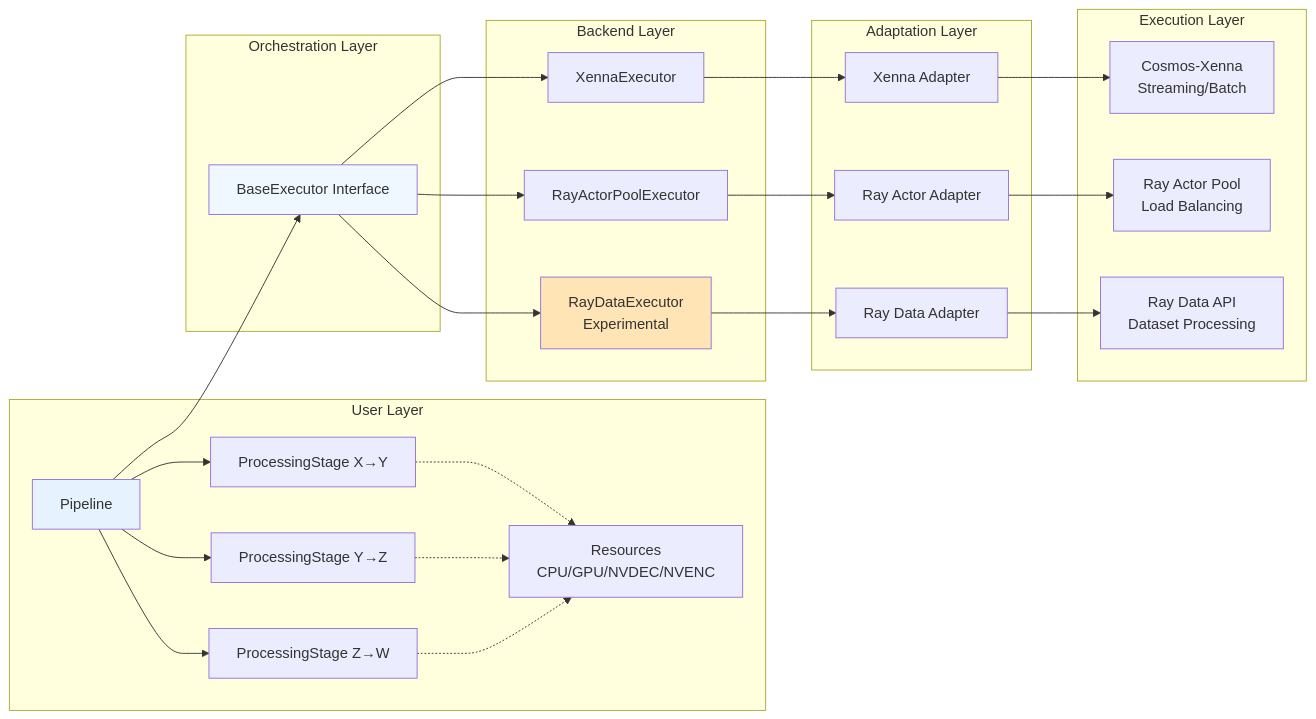
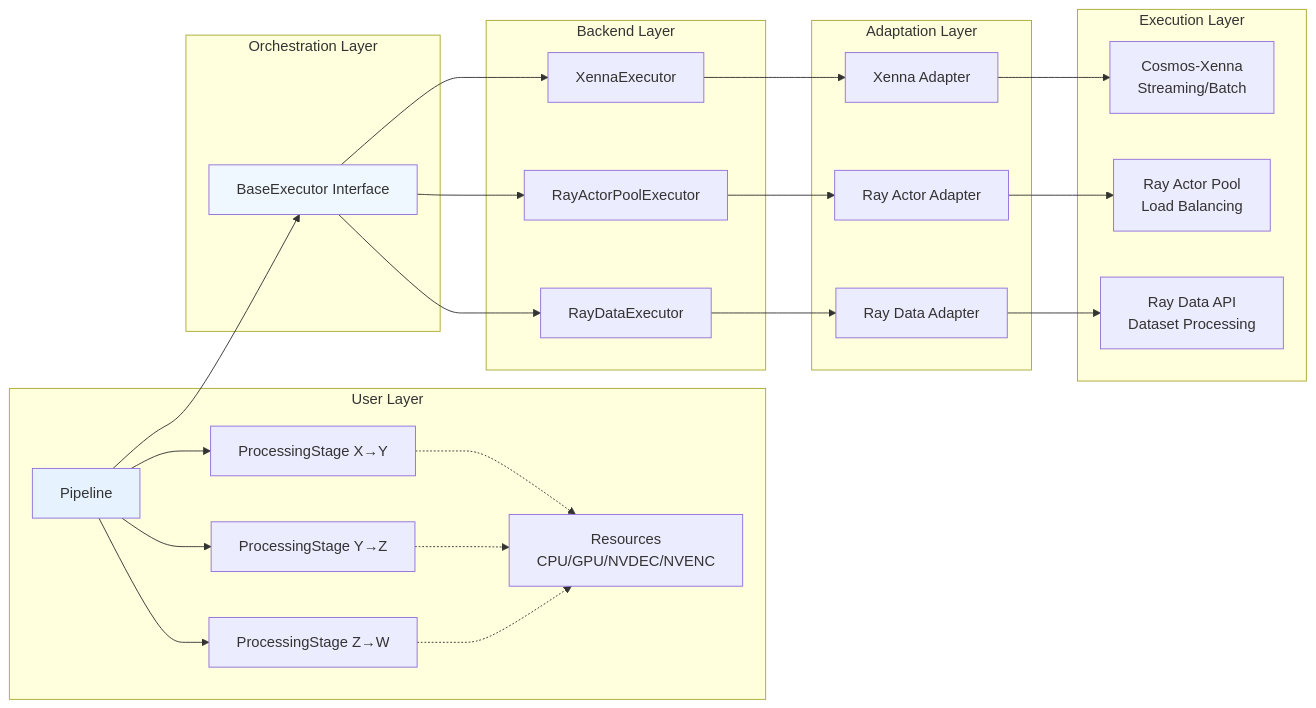
The diagram in docs/about/release-notes/index.md (NVIDIA-NeMo/Curator), drawn with Mermaid before and after one commit. The commit also changed 1 other file, not shown here.

Commit message:
feedback

````diff
--- a/docs/about/release-notes/index.md
+++ b/docs/about/release-notes/index.md
@@ -111,56 +111,55 @@
 ```{mermaid}
 graph LR
     subgraph "User Layer"
         P[Pipeline]
         S1[ProcessingStage X→Y]
         S2[ProcessingStage Y→Z]
         S3[ProcessingStage Z→W]
         R[Resources<br/>CPU/GPU/NVDEC/NVENC]
     end
     
     subgraph "Orchestration Layer"
         BE[BaseExecutor Interface]
     end
     
     subgraph "Backend Layer"
         XE[XennaExecutor]
         RAP[RayActorPoolExecutor]
-        RDE[RayDataExecutor<br/>Experimental]
+        RDE[RayDataExecutor]
     end
     
     subgraph "Adaptation Layer"
         XA[Xenna Adapter]
         RAPA[Ray Actor Adapter]
         RDA[Ray Data Adapter]
     end
     
     subgraph "Execution Layer"
         X[Cosmos-Xenna<br/>Streaming/Batch]
         RAY1[Ray Actor Pool<br/>Load Balancing]
         RAY2[Ray Data API<br/>Dataset Processing]
     end
     
     P --> S1
     P --> S2
     P --> S3
     S1 -.-> R
     S2 -.-> R
     S3 -.-> R
     
     P --> BE
     BE --> XE
     BE --> RAP
     BE --> RDE
     
     XE --> XA
     RAP --> RAPA
     RDE --> RDA
     
     XA --> X
     RAPA --> RAY1
     RDA --> RAY2
     
-    style RDE fill:#FFE4B5
     style P fill:#E6F3FF
     style BE fill:#F0F8FF
 ```
````
